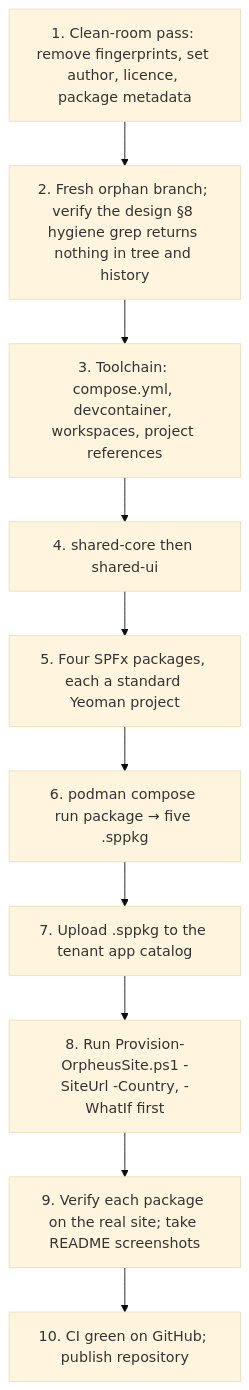
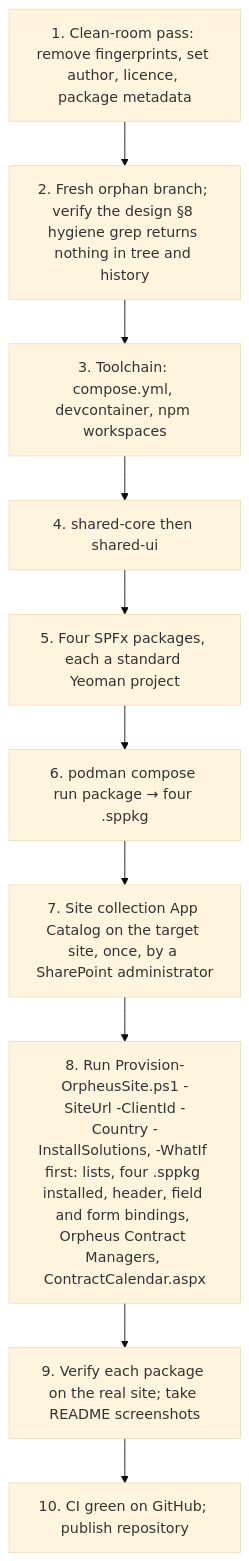
One commit to Sartor87/orpheus-systems-sharepoint changed the first of 2 diagrams in architecture/07-phase-f-migration-planning.md. Above: the diagram before and after it, drawn with Mermaid (base theme). The commit also changed other lines of this file and 12 other files, not shown here.

First line of the commit message:
docs(architecture): diagrams and ADR amendments for provisioning, roles and CI

````diff
--- a/architecture/07-phase-f-migration-planning.md
+++ b/architecture/07-phase-f-migration-planning.md
@@ -22,12 +22,12 @@
 ```mermaid
 flowchart TD
   S1[1. Clean-room pass: remove fingerprints, set author, licence, package metadata] --> S2[2. Fresh orphan branch; verify the design §8 hygiene grep returns nothing in tree and history]
-  S2 --> S3[3. Toolchain: compose.yml, devcontainer, workspaces, project references]
+  S2 --> S3[3. Toolchain: compose.yml, devcontainer, npm workspaces]
   S3 --> S4[4. shared-core then shared-ui]
   S4 --> S5[5. Four SPFx packages, each a standard Yeoman project]
-  S5 --> S6[6. podman compose run package → five .sppkg]
-  S6 --> S7[7. Upload .sppkg to the tenant app catalog]
-  S7 --> S8[8. Run Provision-OrpheusSite.ps1 -SiteUrl -Country, -WhatIf first]
+  S5 --> S6[6. podman compose run package → four .sppkg]
+  S6 --> S7["7. Site collection App Catalog on the target site, once, by a SharePoint administrator"]
+  S7 --> S8["8. Run Provision-OrpheusSite.ps1 -SiteUrl -ClientId -Country -InstallSolutions, -WhatIf first: lists, four .sppkg installed, header, field and form bindings, Orpheus Contract Managers, ContractCalendar.aspx"]
   S8 --> S9[9. Verify each package on the real site; take README screenshots]
   S9 --> S10[10. CI green on GitHub; publish repository]
 ```
````
